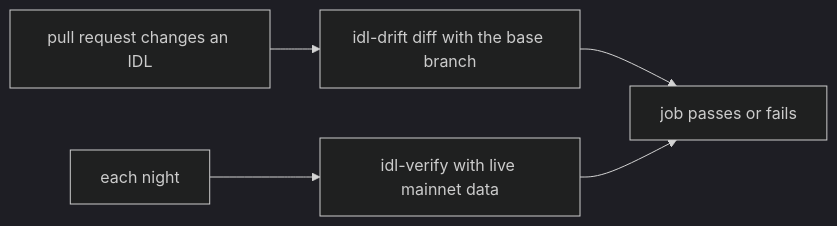
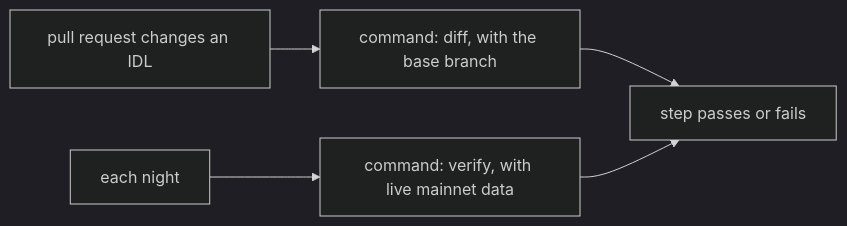
The diagram in docs/ci.md (senzenn/idl-drift), drawn with Mermaid (dark theme) before and after one commit. The commit also changed other lines of this file and 25 other files, not shown here.

````diff
--- a/docs/ci.md
+++ b/docs/ci.md
@@ -6,7 +7,7 @@
 ```mermaid
 flowchart LR
-    pr[pull request changes an IDL] --> drift[idl-drift diff with the base branch]
-    night[each night] --> verify[idl-verify with live mainnet data]
-    drift --> job[job passes or fails]
+    pr[pull request changes an IDL] --> drift[command: diff, with the base branch]
+    night[each night] --> verify[command: verify, with live mainnet data]
+    drift --> job[step passes or fails]
     verify --> job
 ```
````
